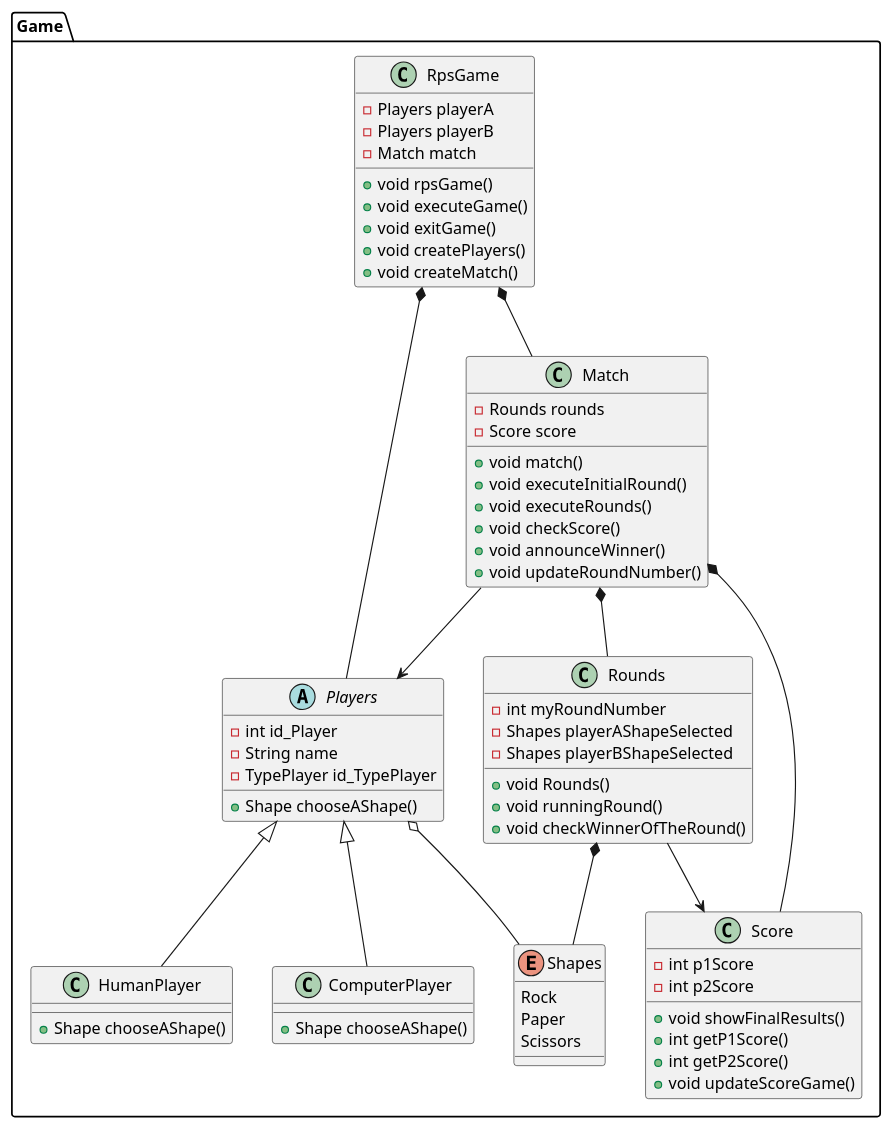
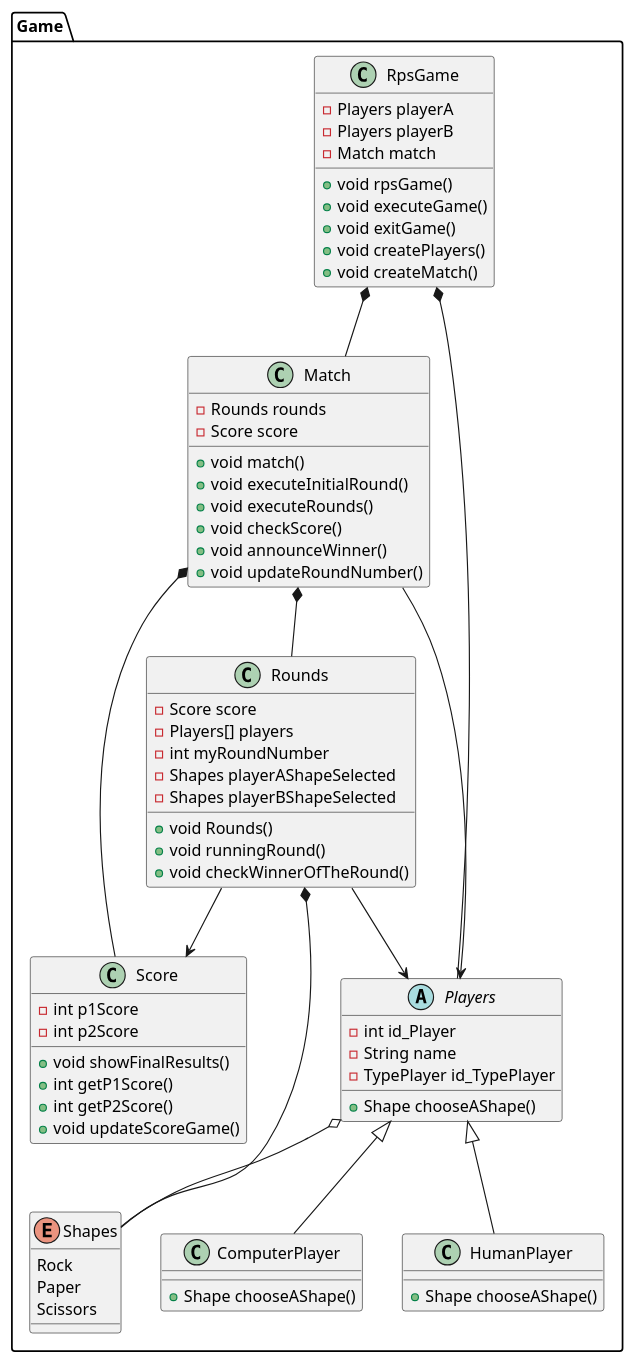
The diagram in doc/diagram-class.puml (ederramos01/rock-paper-scissors), drawn with PlantUML before and after one commit. The commit also changed 2 other files, not shown here.

Commit message:
diagram-class updated

```diff
--- a/doc/diagram-class.puml
+++ b/doc/diagram-class.puml
@@ -1,76 +1,79 @@
 @startuml ClassDiagram
 
 Package Game {
 abstract class Players{
     - int id_Player
     - String name
     - TypePlayer id_TypePlayer
     + Shape chooseAShape()
 }
 class HumanPlayer{
     + Shape chooseAShape()
 }
 class ComputerPlayer{
     + Shape chooseAShape()
 }
 class Score{
     - int p1Score
     - int p2Score
     + void showFinalResults()
     + int getP1Score()
     + int getP2Score()
     + void updateScoreGame()
 }
 class Rounds{
+    - Score score
+    - Players[] players
     - int myRoundNumber
     - Shapes playerAShapeSelected
     - Shapes playerBShapeSelected
     + void Rounds()
     + void runningRound()
     + void checkWinnerOfTheRound()
 }
 
 class Match{
     - Rounds rounds
     - Score score
     + void match()
     + void executeInitialRound()
     + void executeRounds()
     + void checkScore()
     + void announceWinner()
     + void updateRoundNumber()
 }
 
 class RpsGame{            
     - Players playerA
     - Players playerB
     - Match match
 
     + void rpsGame()
     + void executeGame()
     + void exitGame()
     + void createPlayers()
     + void createMatch()
 }
 
 enum Shapes{
     Rock
     Paper
     Scissors
 }
 
 RpsGame *-- Players
 RpsGame *-- Match
 
 Players o-- Shapes
 Match --> Players
 Players <|-- HumanPlayer
 Players <|-- ComputerPlayer
+Rounds --> Players
 
 Rounds --> Score
 Rounds *-- Shapes
 Match *-- Rounds
 Match *-- Score
 
 }
 @enduml
```
